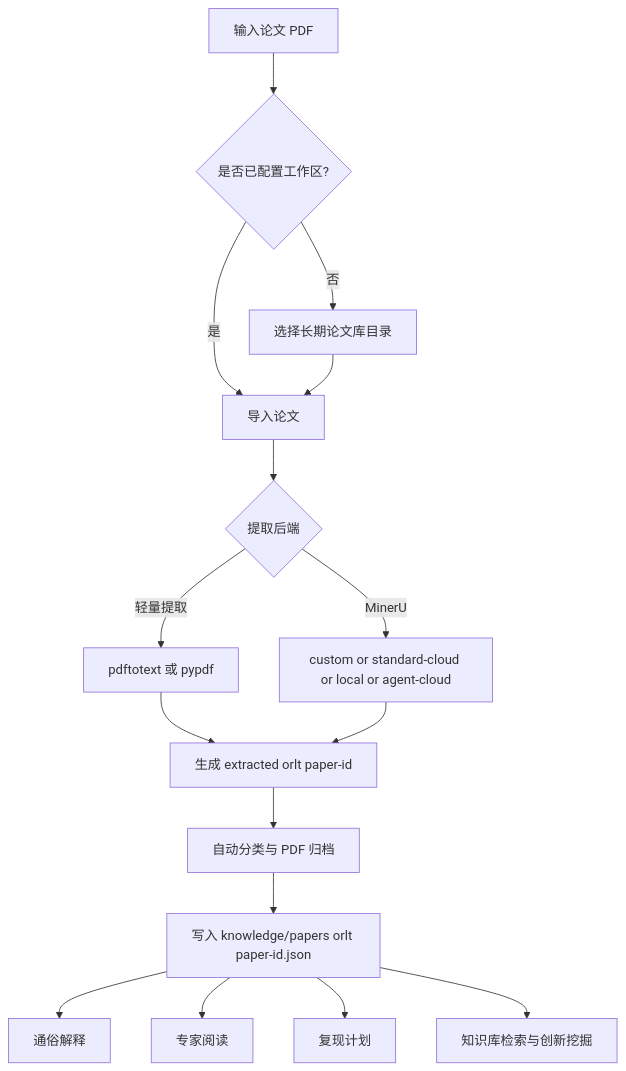
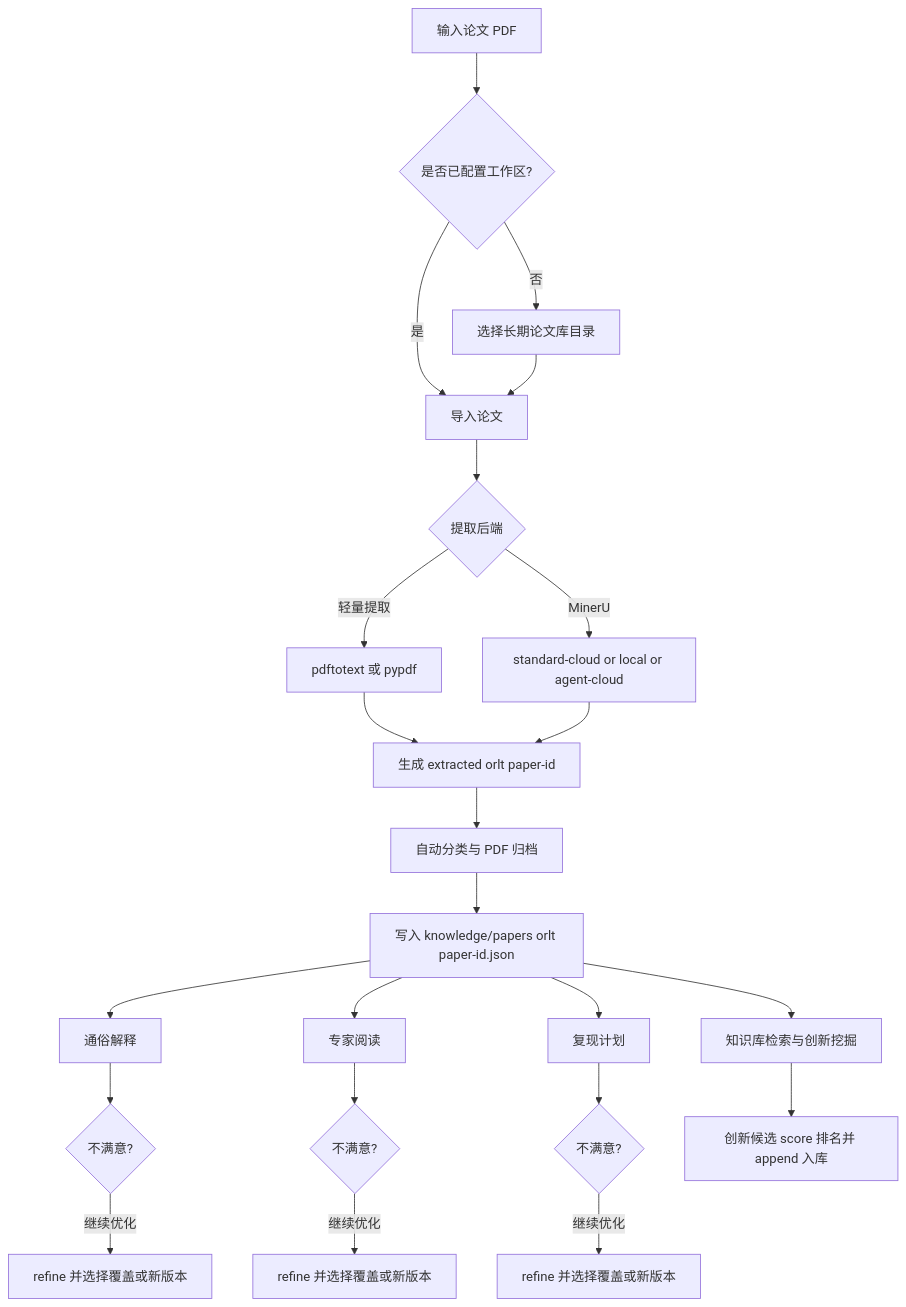
Before and after one commit to swordfate3/papers_skills: the diagram in README.md, drawn with Mermaid. The commit also changed other lines of this file and 8 other files, not shown here.

````diff
--- a/README.md
+++ b/README.md
@@ -38,18 +38,25 @@
 ```mermaid
 flowchart TD
     A[输入论文 PDF] --> B{是否已配置工作区?}
     B -->|否| C[选择长期论文库目录]
     B -->|是| D[导入论文]
     C --> D
     D --> E{提取后端}
     E -->|轻量提取| F[pdftotext 或 pypdf]
-    E -->|MinerU| G[custom or standard-cloud or local or agent-cloud]
+    E -->|MinerU| G[standard-cloud or local or agent-cloud]
     F --> H[生成 extracted orlt paper-id]
     G --> H
     H --> I[自动分类与 PDF 归档]
     I --> J[写入 knowledge/papers orlt paper-id.json]
     J --> K[通俗解释]
     J --> L[专家阅读]
     J --> M[复现计划]
     J --> N[知识库检索与创新挖掘]
+    K --> K1{不满意?}
+    L --> L1{不满意?}
+    M --> M1{不满意?}
+    K1 -->|继续优化| K2[refine 并选择覆盖或新版本]
+    L1 -->|继续优化| L2[refine 并选择覆盖或新版本]
+    M1 -->|继续优化| M2[refine 并选择覆盖或新版本]
+    N --> N1[创新候选 score 排名并 append 入库]
 ```
````
